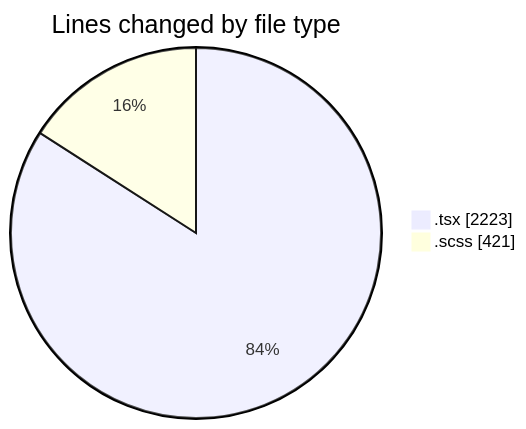
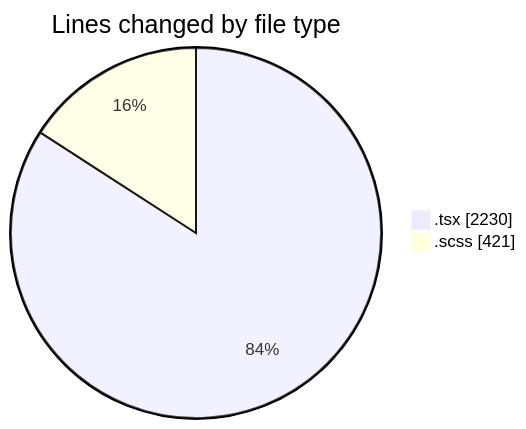
Before and after one commit to momahboobian/code-tracking: the first of 2 diagrams in 2025-10-01/cda/README.md, drawn with Mermaid. The commit also changed other lines of this file and 1 other file, not shown here.

````diff
--- a/2025-10-01/cda/README.md
+++ b/2025-10-01/cda/README.md
@@ -25,6 +25,6 @@
 ```mermaid
 pie showData
 title Lines changed by file type
-".tsx" : 2223
+".tsx" : 2230
 ".scss" : 421
 ```
````
